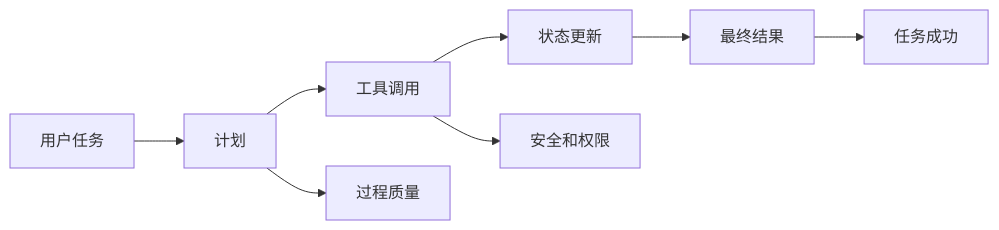
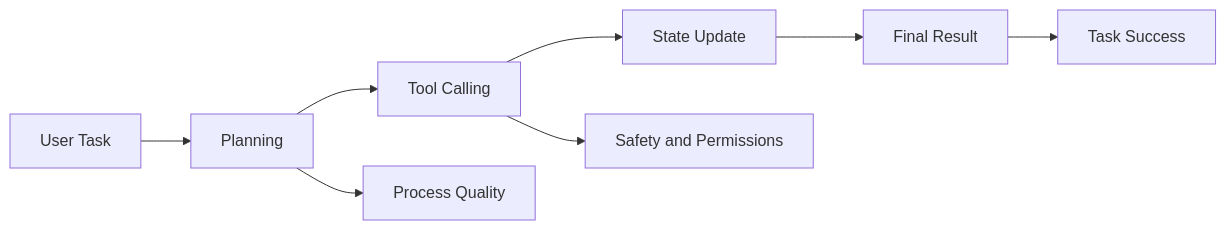
One commit to oudbiao/AI-fullstack-course changed the diagram in docs/ch09-agent/ch08-eval-safety/01-evaluation-methods.md. Above: the diagram before and after it, drawn with Mermaid. The commit also changed other lines of this file and 1406 other files, not shown here.

````diff
--- a/docs/ch09-agent/ch08-eval-safety/01-evaluation-methods.md
+++ b/docs/ch09-agent/ch08-eval-safety/01-evaluation-methods.md
@@ -27,10 +27,10 @@
 ```mermaid
 flowchart LR
-  A[用户任务] --> B[计划]
-  B --> C[工具调用]
-  C --> D[状态更新]
-  D --> E[最终结果]
-  B --> F[过程质量]
-  C --> G[安全和权限]
-  E --> H[任务成功]
+  A[User Task] --> B[Planning]
+  B --> C[Tool Calling]
+  C --> D[State Update]
+  D --> E[Final Result]
+  B --> F[Process Quality]
+  C --> G[Safety and Permissions]
+  E --> H[Task Success]
 ```
````
